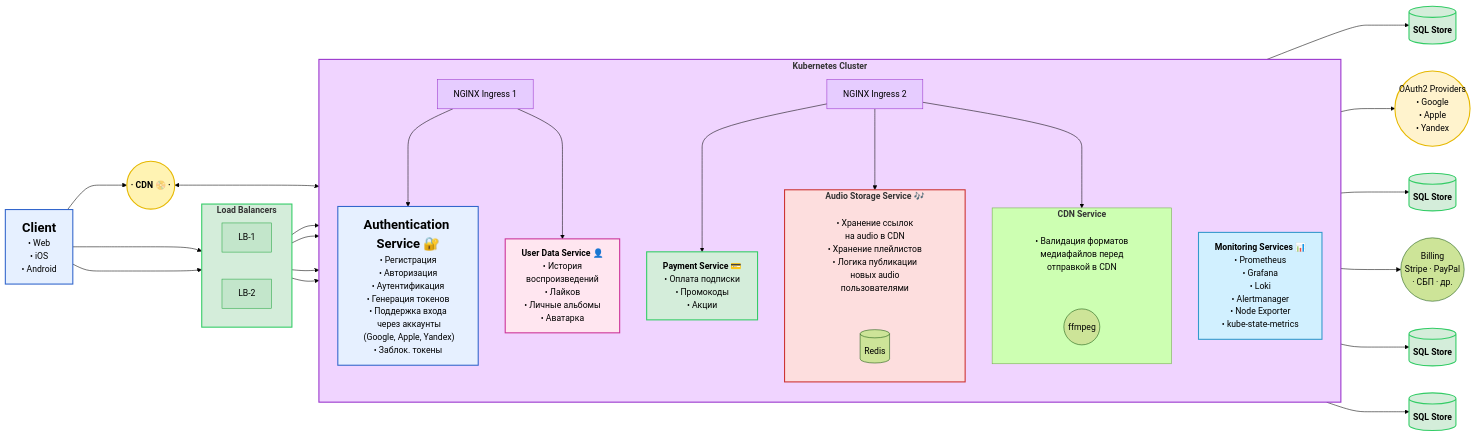
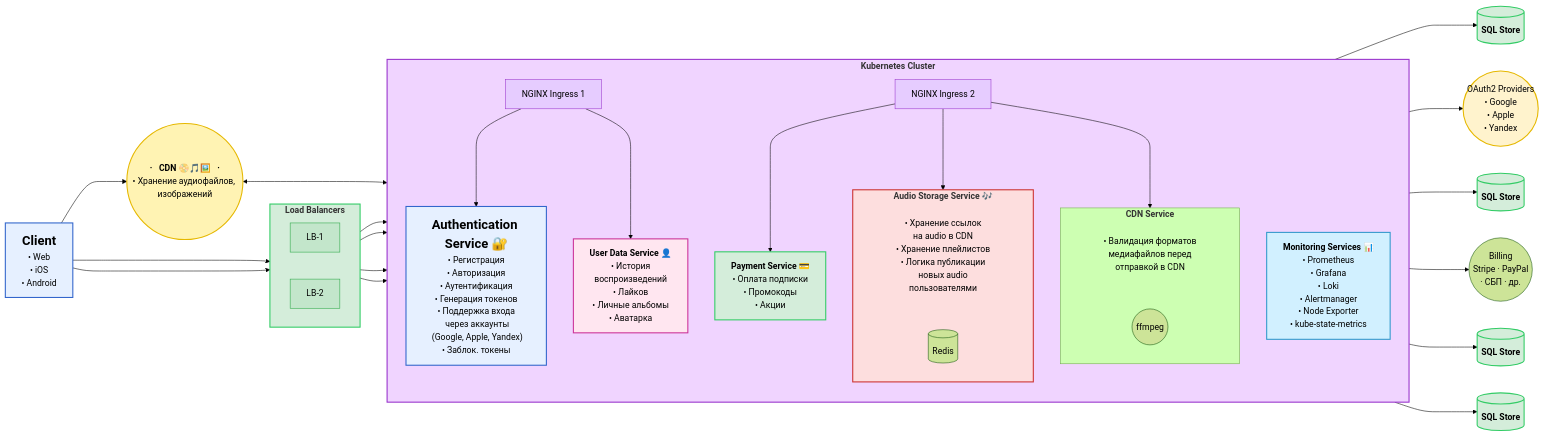
The first of 3 diagrams in architecture.md (KmnPetr/SysDesign), drawn with Mermaid (forest theme) before and after one commit.

````diff
--- a/architecture.md
+++ b/architecture.md
@@ -3,5 +3,7 @@
 ```mermaid
 graph LR
+
+
     CLIENT["<b><font size='5'>Client</font></b><br/>• Web<br/>• iOS<br/>• Android"]
 
     subgraph LB["<b>Load Balancers</b>"]
@@ -10,7 +12,8 @@
         LB2[LB-2]
     end
 
-    CDN(("<b> ·   CDN 📀   · </b>"))
+    CDN(("<b> ·   CDN 📀🎵🖼️   · </b><br/>• Хранение аудиофайлов, изображений"))
+
 
     subgraph K8S["<b>Kubernetes Cluster</b>"]
         direction TB
@@ -43,6 +46,10 @@
     STORE3[("<b>SQL Store</b>")]
     STORE4[("<b>SQL Store</b>")]
     BILLING((Billing<br/>Stripe · PayPal<br/> · СБП · др.))
+
+
+    %%VAULT["<b>Vault 🔑</b><br/>• Хранение секретов"]
+
 
 
 
````
